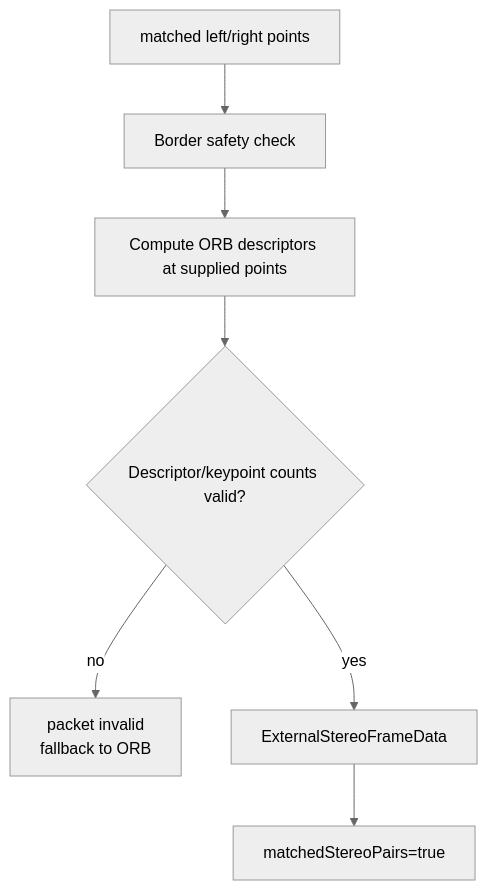
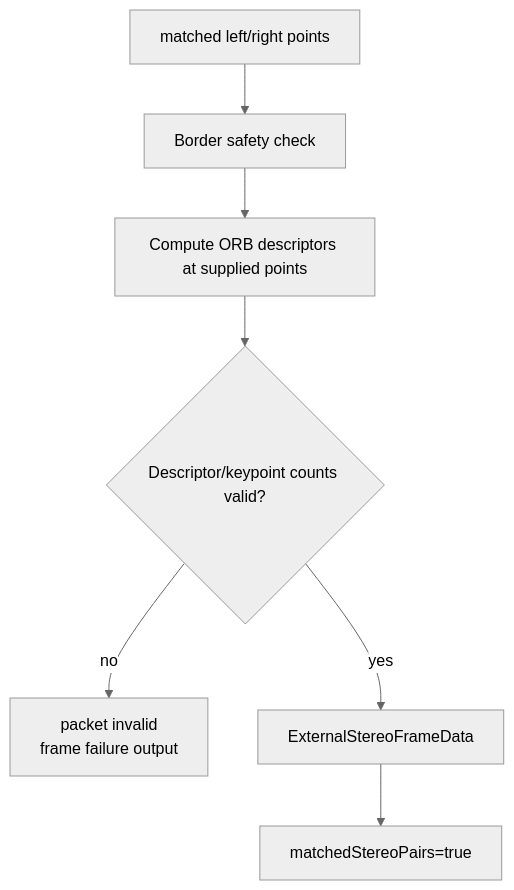
Before and after one commit to litingzhang/SmartDrone: the fourth of 5 diagrams in docs/superpoint_lightglue_mode_flow.md, drawn with Mermaid (neutral theme). The commit also changed other lines of this file and 51 other files, not shown here.

Commit message:
Improve EPG runtime graph and SP-LG tracking

````diff
--- a/docs/superpoint_lightglue_mode_flow.md
+++ b/docs/superpoint_lightglue_mode_flow.md
@@ -222,9 +310,9 @@
 ```mermaid
 flowchart TD
     A[matched left/right points] --> B[Border safety check]
     B --> C[Compute ORB descriptors at supplied points]
     C --> D{Descriptor/keypoint counts valid?}
-    D -- no --> E[packet invalid<br/>fallback to ORB]
+    D -- no --> E[packet invalid<br/>frame failure output]
     D -- yes --> F[ExternalStereoFrameData]
     F --> G[matchedStereoPairs=true]
 ```
````
